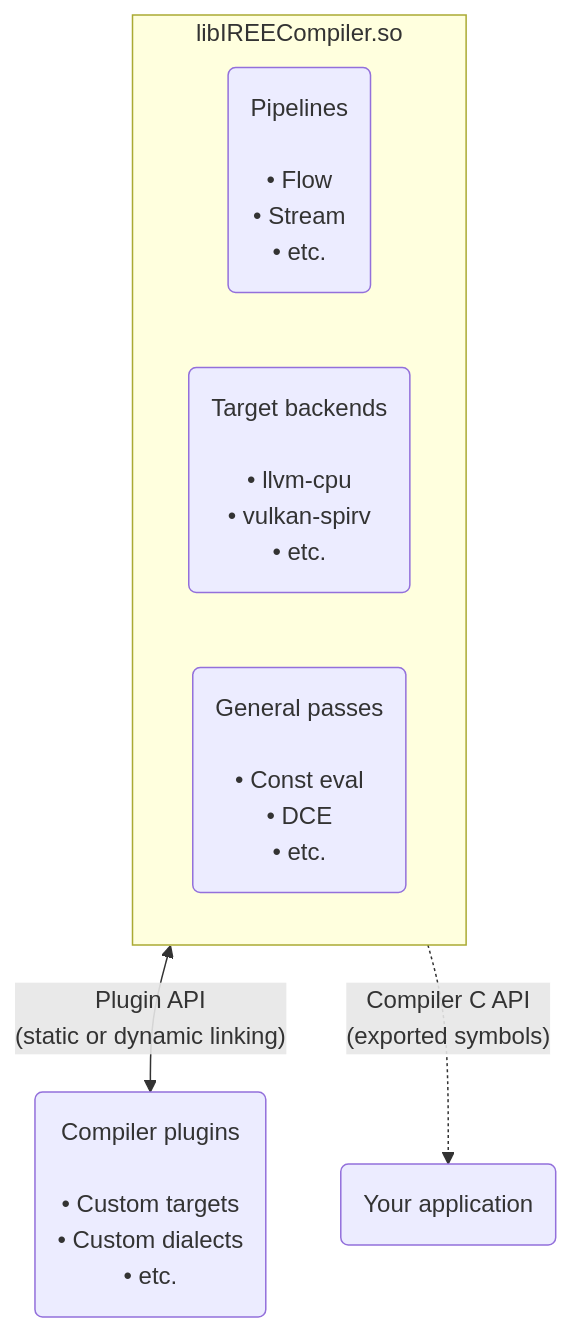
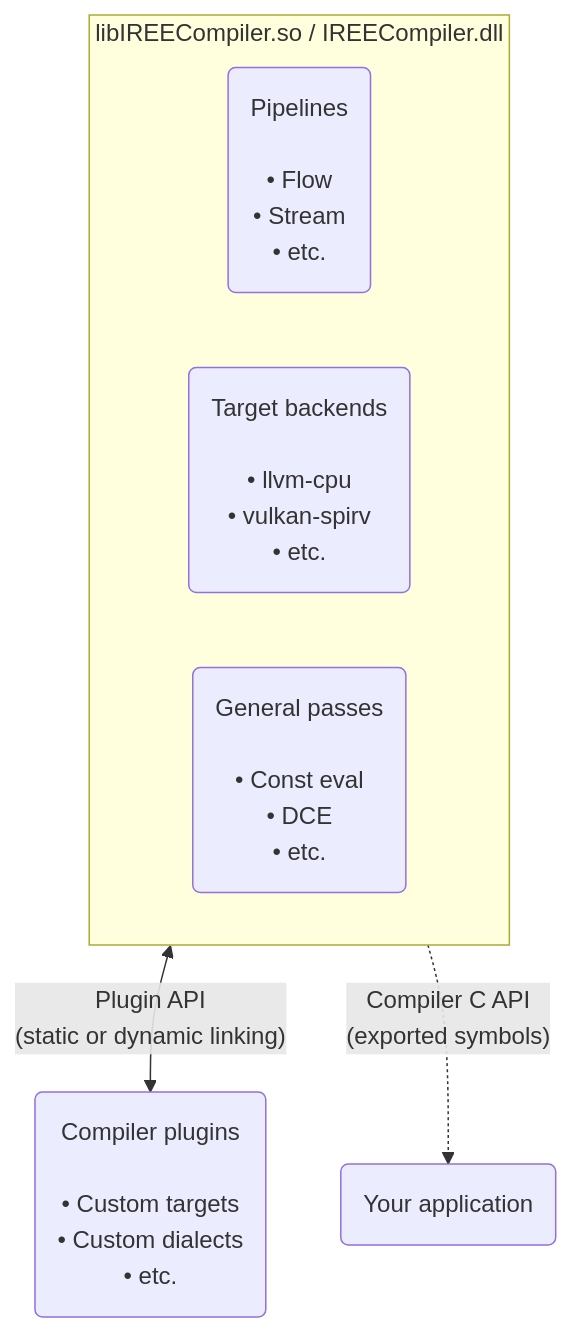
The first of 3 diagrams in docs/website/docs/reference/bindings/c-api.md (ScottTodd/iree), drawn with Mermaid before and after one commit. The commit also changed other lines of this file, not shown here.

````diff
--- a/docs/website/docs/reference/bindings/c-api.md
+++ b/docs/website/docs/reference/bindings/c-api.md
@@ -41,33 +43,43 @@
 ```mermaid
 graph TD
-  subgraph compiler[libIREECompiler.so]
+  accTitle: IREE compiler linkage model diagram
+  accDescr {
+    The libIREECompiler.so or IREECompiler.dll shared object contains pipelines,
+    target backends, and general passes as private implementation details.
+    Compiler plugins interface with the compiler shared object to extend it with
+    custom targets, dialects, etc.
+    Applications interface with the compiler shared object through the compiler
+    C API's exported symbols.
+  }
+
+  subgraph compiler[libIREECompiler.so / IREECompiler.dll]
     pipelines("Pipelines
 
     • Flow
     • Stream
     • etc.")
 
     targets("Target backends
 
     • llvm-cpu
     • vulkan-spirv
     • etc.")
 
     passes("General passes
 
     • Const eval
     • DCE
     • etc.")
   end
 
   plugins("Compiler plugins
 
     • Custom targets
     • Custom dialects
     • etc.")
 
   application(Your application)
 
   compiler <-- "Plugin API<br>(static or dynamic linking)" --> plugins
   compiler -. "Compiler C API<br>(exported symbols)" .-> application
 ```
````
